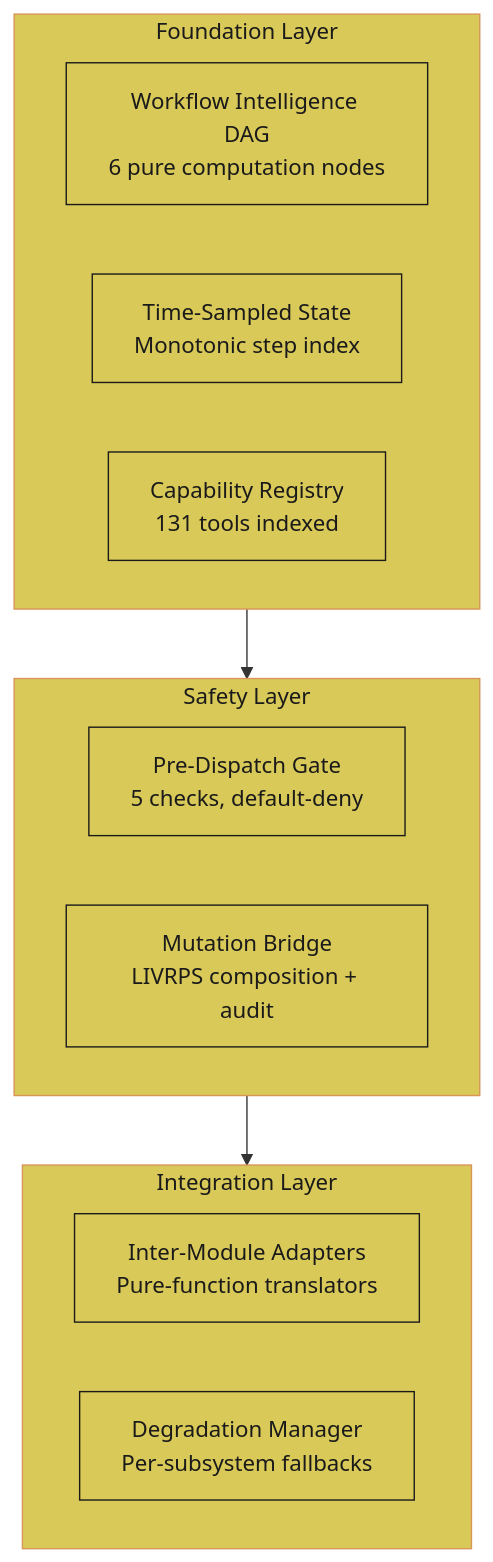
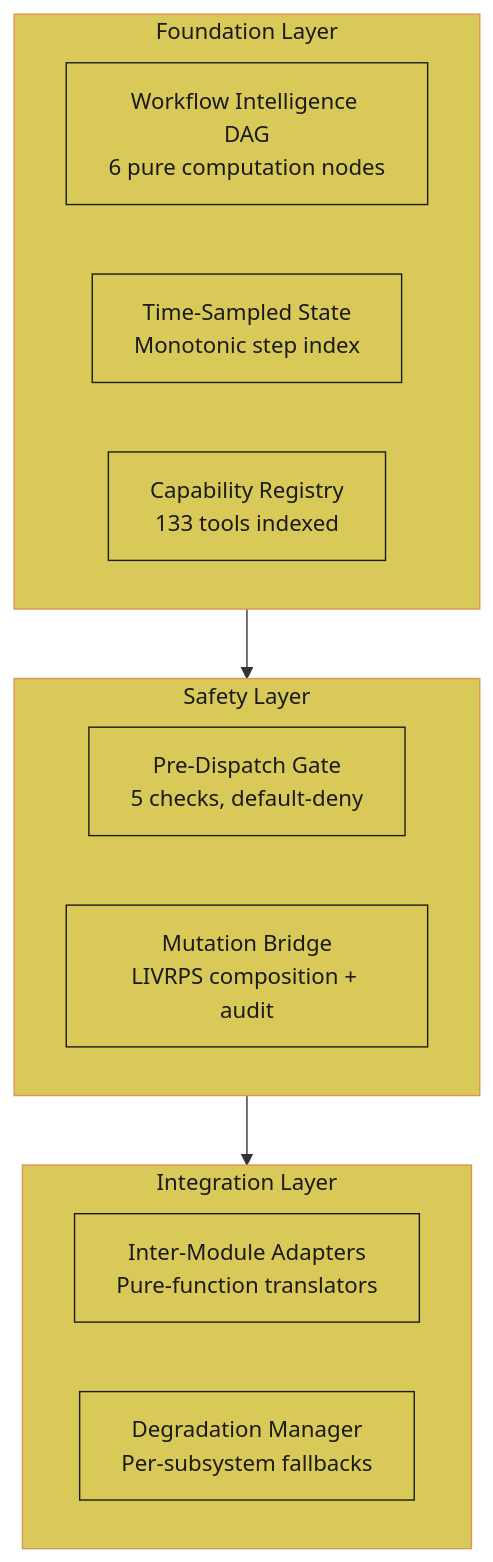
Diagram 21 of 33 in README.md (JosephOIbrahim/Comfy-Cozy), drawn with Mermaid before and after one commit. The commit also changed other lines of this file, not shown here.

````diff
--- a/README.md
+++ b/README.md
@@ -988,28 +1028,28 @@
 ```mermaid
 graph TB
     subgraph Foundation ["Foundation Layer"]
         DAG["Workflow Intelligence DAG<br/>6 pure computation nodes"]
         OBS["Time-Sampled State<br/>Monotonic step index"]
-        CAP["Capability Registry<br/>131 tools indexed"]
+        CAP["Capability Registry<br/>133 tools indexed"]
     end
 
     subgraph Safety ["Safety Layer"]
         GATE["Pre-Dispatch Gate<br/>5 checks, default-deny"]
         BRIDGE["Mutation Bridge<br/>LIVRPS composition + audit"]
     end
 
     subgraph Integration ["Integration Layer"]
         ADAPT["Inter-Module Adapters<br/>Pure-function translators"]
         DEGRADE["Degradation Manager<br/>Per-subsystem fallbacks"]
     end
 
     Foundation --> Safety --> Integration
 
     style Foundation fill:#d9c958,color:#1a1a1a,stroke:#d99458
     style Safety fill:#d9c958,color:#1a1a1a,stroke:#d99458
     style Integration fill:#d9c958,color:#1a1a1a,stroke:#d99458
 
     classDef orange fill:#d99458,color:#1a1a1a,stroke:#1a1a1a
     classDef yellow fill:#d9c958,color:#1a1a1a,stroke:#1a1a1a
     class DAG,OBS,CAP,GATE,BRIDGE,ADAPT,DEGRADE yellow
 ```
````
